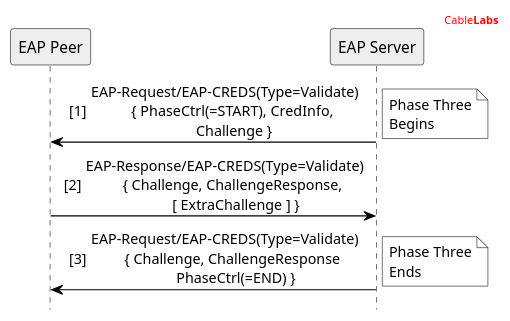
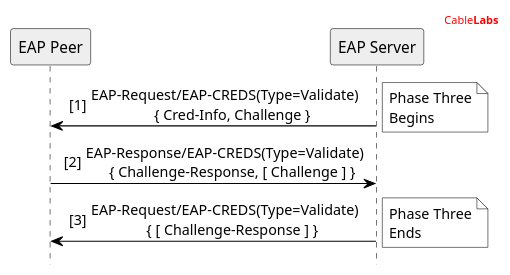
The diagram in UML/EAP-CREDS Phase Three Flow.puml (openca/eap-creds), drawn with PlantUML before and after one commit. The commit also changed 6 other files, not shown here.

```diff
--- a/UML/EAP-CREDS Phase Three Flow.puml
+++ b/UML/EAP-CREDS Phase Three Flow.puml
@@ -2,39 +2,39 @@
 @startuml
 
 '' header information
 header
 <font color="red">Cable<b>Labs</b></font>
 endheader
 
 '' Use this to hide the foot boxes
 hide footbox
 
 skinparam sequenceMessageAlign center
 skinparam NoteBorderColor black
 '' skinparam BackgroundColor #ddd
 
 skinparam sequence {
 	borderColor black
 	ArrowColor black
 	ActorBorderColor black
 	ParticipantBorderColor black
 	LifeLineBorderColor black
 	LifeLineBackgroundColor white
 }
 
 '' Participants Declaration
 Participant "EAP Peer" as P #eee
 Participant "EAP Server" as S #eee
 
 autonumber 1 "[##]"
-S->P: EAP-Request/EAP-CREDS(Type=Validate)\n    { PhaseCtrl(=START), CredInfo,\n     Challenge }
+S->P: EAP-Request/EAP-CREDS(Type=Validate)\n    { Cred-Info, Challenge }
 note right #fff: Phase Three\nBegins
 
-P->S: EAP-Response/EAP-CREDS(Type=Validate)\n    { Challenge, ChallengeResponse,\n      [ ExtraChallenge ] }
+P->S: EAP-Response/EAP-CREDS(Type=Validate)\n    { Challenge-Response, [ Challenge ] }
 
-S->P: EAP-Request/EAP-CREDS(Type=Validate)\n    { Challenge, ChallengeResponse\n      PhaseCtrl(=END) }
+S->P: EAP-Request/EAP-CREDS(Type=Validate)\n    { [ Challenge-Response ] }
 
 note right #fff: Phase Three\nEnds
 
 
 @enduml
```
